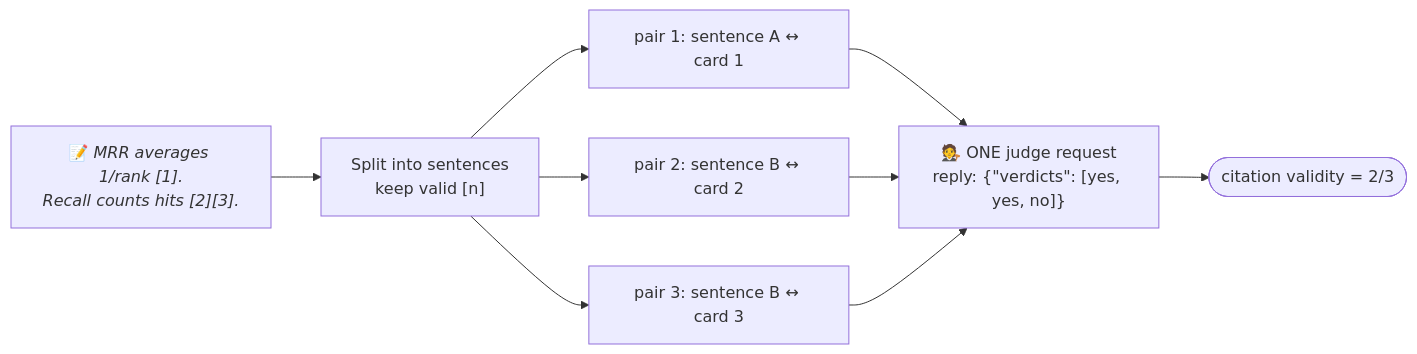
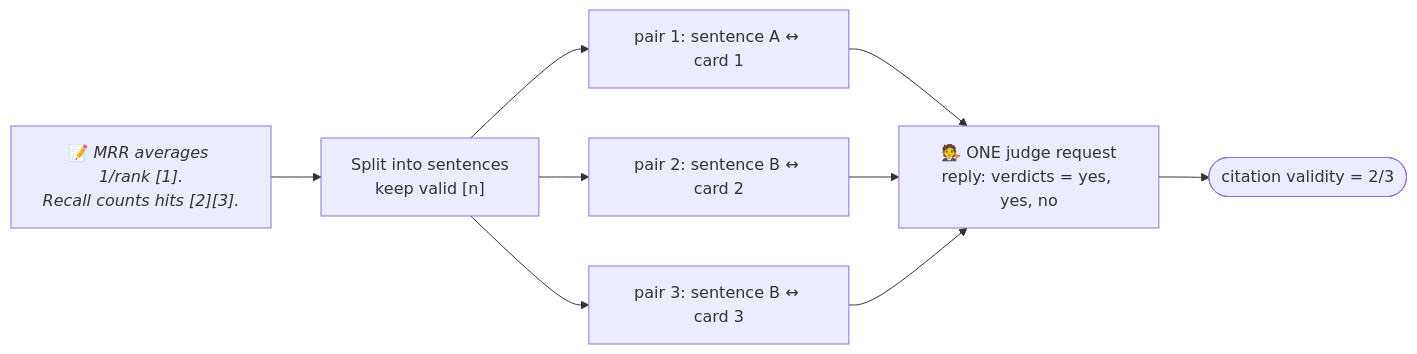
One commit to mjunedalam/rag-eval-platform changed the eighth of 17 diagrams in docs/learning/phase-4.md. Above: the diagram before and after it, drawn with Mermaid.

Commit message:
docs: fix a phase 4 diagram label that GitHub's Mermaid cannot parse (#6)

````diff
--- a/docs/learning/phase-4.md
+++ b/docs/learning/phase-4.md
@@ -186,9 +186,9 @@
 ```mermaid
 flowchart LR
     ANS["📝 <i>MRR averages 1/rank [1].<br/>Recall counts hits [2][3].</i>"] --> SPLIT["Split into sentences<br/>keep valid [n]"]
     SPLIT --> P1["pair 1: sentence A ↔ card 1"]
     SPLIT --> P2["pair 2: sentence B ↔ card 2"]
     SPLIT --> P3["pair 3: sentence B ↔ card 3"]
-    P1 & P2 & P3 --> ONE["🧑‍⚖️ ONE judge request<br/>reply: {&quot;verdicts&quot;: [yes, yes, no]}"]
+    P1 & P2 & P3 --> ONE["🧑‍⚖️ ONE judge request<br/>reply: verdicts = yes, yes, no"]
     ONE --> SC(["citation validity = 2/3"])
 ```
````
